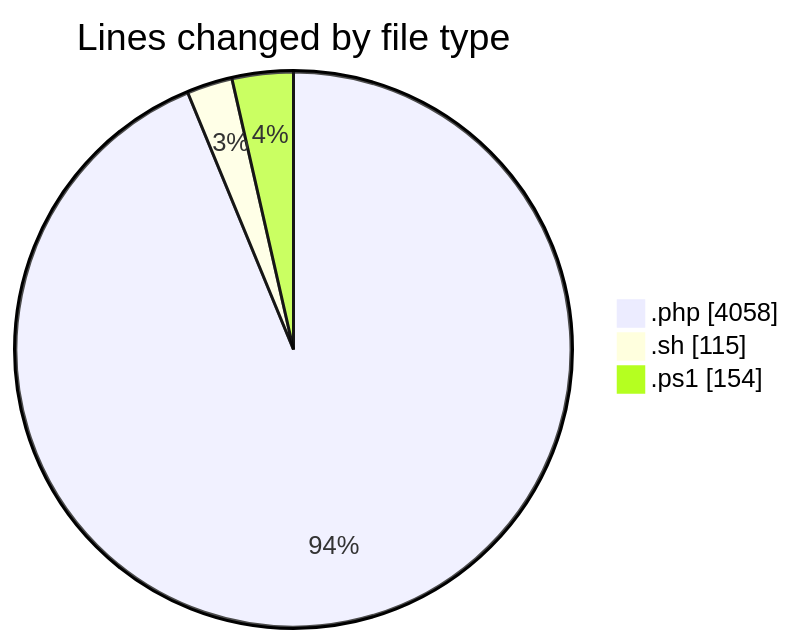
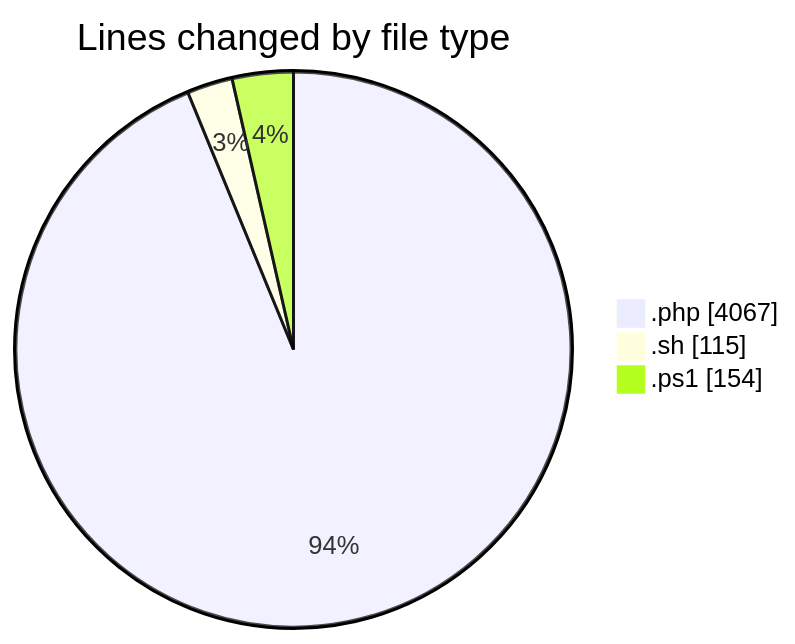
The first of 2 diagrams in 2025-10-06/untitled__workspace_/README.md (debugP/code-tracking), drawn with Mermaid before and after one commit. The commit also changed other lines of this file and 1 other file, not shown here.

````diff
--- a/2025-10-06/untitled__workspace_/README.md
+++ b/2025-10-06/untitled__workspace_/README.md
@@ -27,7 +27,7 @@
 ```mermaid
 pie showData
 title Lines changed by file type
-".php" : 4058
+".php" : 4067
 ".sh" : 115
 ".ps1" : 154
 ```
````
